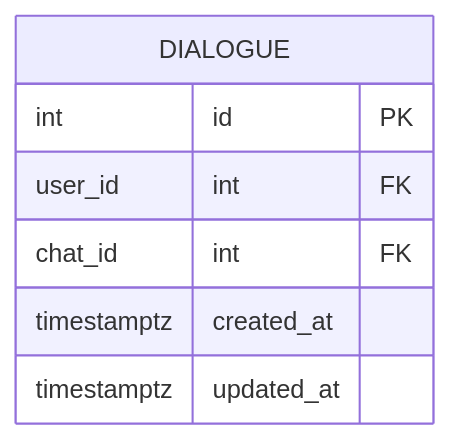
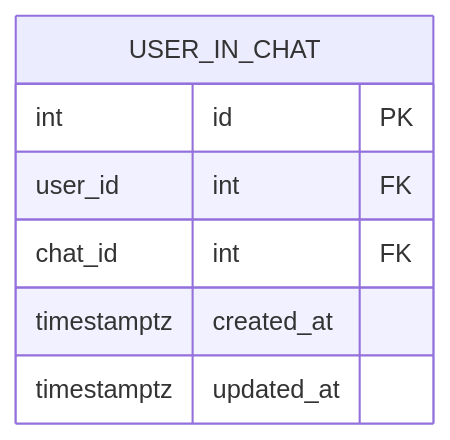
Before and after one commit to go-park-mail-ru/2025_2_VKarmane: diagram 11 of 12 in db/normalized/relations.md, drawn with Mermaid. The commit also changed other lines of this file and 1 other file, not shown here.

Commit message:
user in  chat fixes

````diff
--- a/db/normalized/relations.md
+++ b/db/normalized/relations.md
@@ -292,11 +292,11 @@
 ```mermaid
 erDiagram
 
-    DIALOGUE {
+    USER_IN_CHAT {
         int id PK
         user_id int FK
         chat_id int FK
         timestamptz created_at
         timestamptz updated_at
     }
 ```
````
